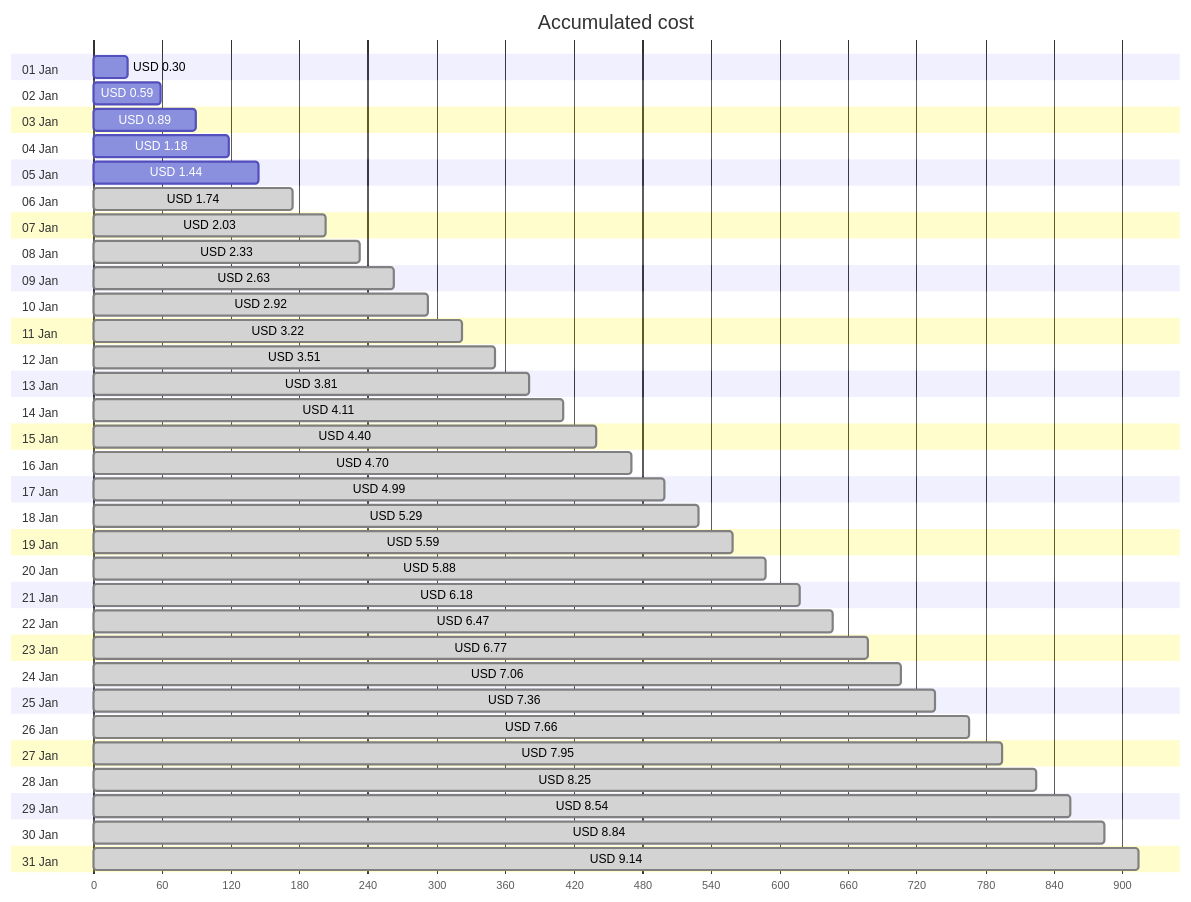
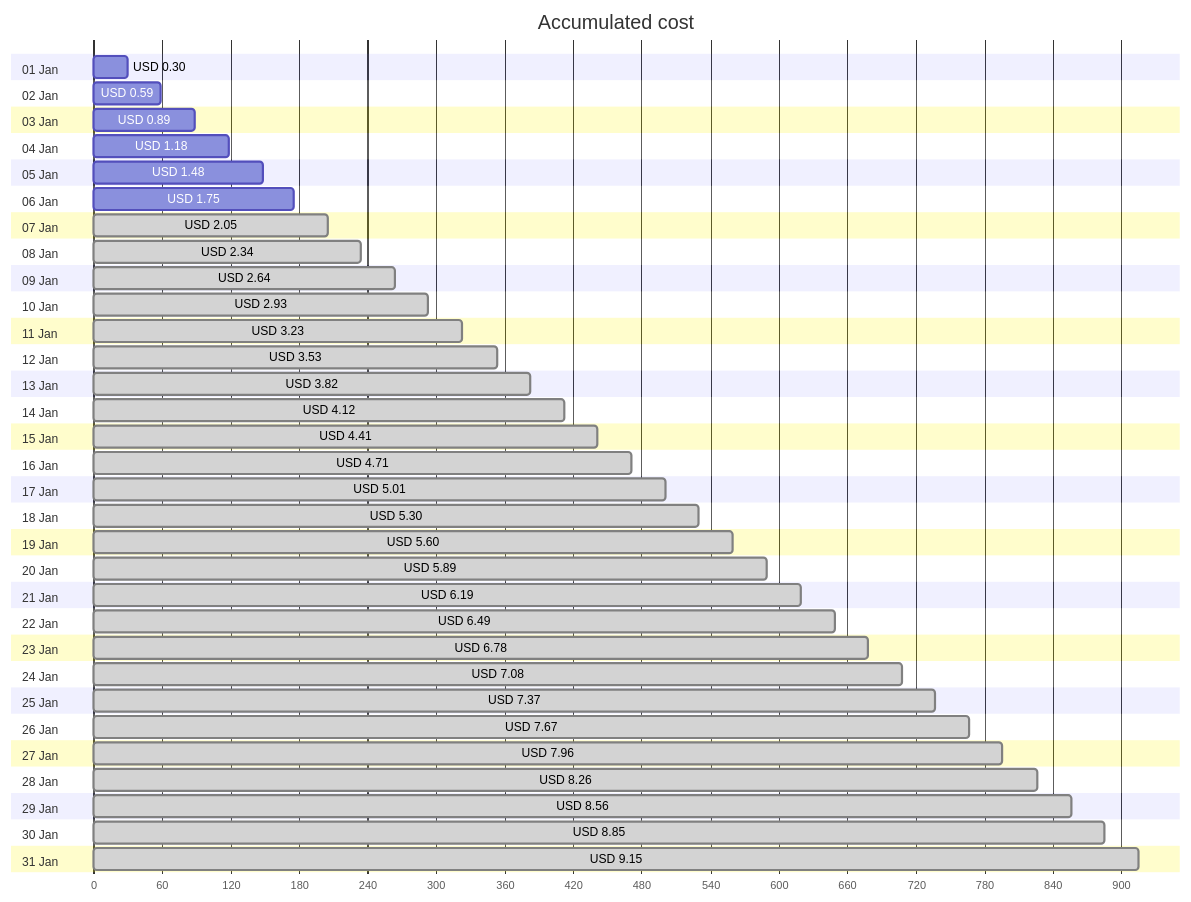
Before and after one commit to jpfulton/azure-personal-reports: the first of 4 diagrams in cost-reports/personal-site/personal-site.md, drawn with Mermaid. The commit also changed other lines of this file and 6 other files, not shown here.

````diff
--- a/cost-reports/personal-site/personal-site.md
+++ b/cost-reports/personal-site/personal-site.md
@@ -20,68 +20,68 @@
 ```mermaid
 gantt
    title Accumulated cost
    dateFormat  X
    axisFormat %s
    section 01 Jan
    USD 0.30 :0, 30
    section 02 Jan
    USD 0.59 :0, 59
    section 03 Jan
    USD 0.89 :0, 89
    section 04 Jan
    USD 1.18 :0, 118
    section 05 Jan
-   USD 1.44 :0, 144
+   USD 1.48 :0, 148
    section 06 Jan
-   USD 1.74 : done, 0, 174
+   USD 1.75 :0, 175
    section 07 Jan
-   USD 2.03 : done, 0, 203
+   USD 2.05 : done, 0, 205
    section 08 Jan
-   USD 2.33 : done, 0, 233
+   USD 2.34 : done, 0, 234
    section 09 Jan
-   USD 2.63 : done, 0, 263
+   USD 2.64 : done, 0, 264
    section 10 Jan
-   USD 2.92 : done, 0, 292
+   USD 2.93 : done, 0, 293
    section 11 Jan
-   USD 3.22 : done, 0, 322
+   USD 3.23 : done, 0, 323
    section 12 Jan
-   USD 3.51 : done, 0, 351
+   USD 3.53 : done, 0, 353
    section 13 Jan
-   USD 3.81 : done, 0, 381
+   USD 3.82 : done, 0, 382
    section 14 Jan
-   USD 4.11 : done, 0, 411
+   USD 4.12 : done, 0, 412
    section 15 Jan
-   USD 4.40 : done, 0, 440
+   USD 4.41 : done, 0, 441
    section 16 Jan
-   USD 4.70 : done, 0, 470
+   USD 4.71 : done, 0, 471
    section 17 Jan
-   USD 4.99 : done, 0, 499
+   USD 5.01 : done, 0, 501
    section 18 Jan
-   USD 5.29 : done, 0, 529
+   USD 5.30 : done, 0, 530
    section 19 Jan
-   USD 5.59 : done, 0, 559
+   USD 5.60 : done, 0, 560
    section 20 Jan
-   USD 5.88 : done, 0, 588
+   USD 5.89 : done, 0, 589
    section 21 Jan
-   USD 6.18 : done, 0, 618
+   USD 6.19 : done, 0, 619
    section 22 Jan
-   USD 6.47 : done, 0, 647
+   USD 6.49 : done, 0, 649
    section 23 Jan
-   USD 6.77 : done, 0, 677
+   USD 6.78 : done, 0, 678
    section 24 Jan
-   USD 7.06 : done, 0, 706
+   USD 7.08 : done, 0, 708
    section 25 Jan
-   USD 7.36 : done, 0, 736
+   USD 7.37 : done, 0, 737
    section 26 Jan
-   USD 7.66 : done, 0, 766
+   USD 7.67 : done, 0, 767
    section 27 Jan
-   USD 7.95 : done, 0, 795
+   USD 7.96 : done, 0, 796
    section 28 Jan
-   USD 8.25 : done, 0, 825
+   USD 8.26 : done, 0, 826
    section 29 Jan
-   USD 8.54 : done, 0, 854
+   USD 8.56 : done, 0, 856
    section 30 Jan
-   USD 8.84 : done, 0, 884
+   USD 8.85 : done, 0, 885
    section 31 Jan
-   USD 9.14 : done, 0, 914
+   USD 9.15 : done, 0, 915
 ```
````
